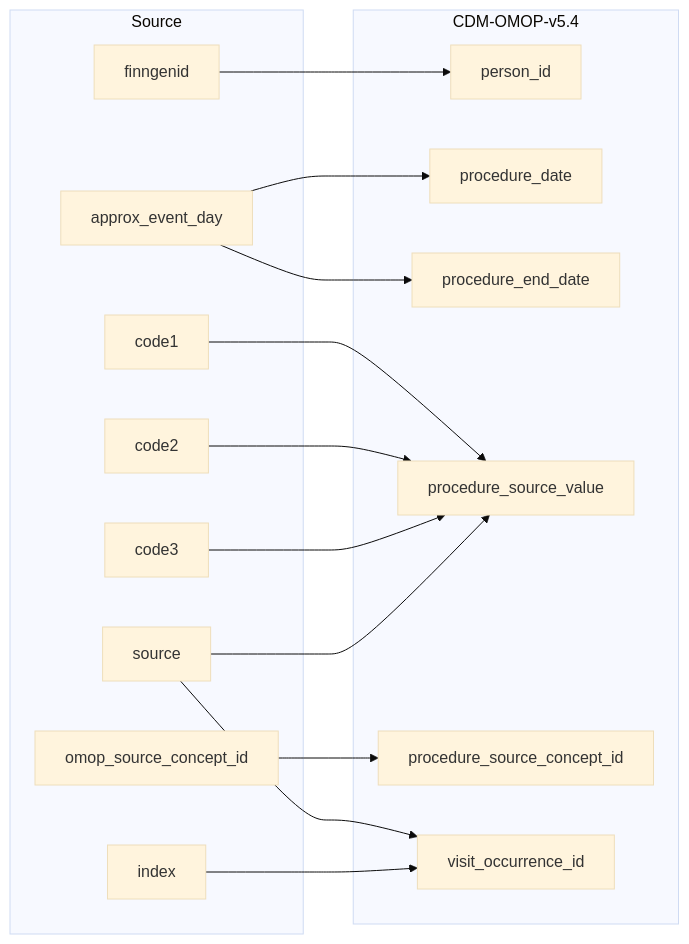
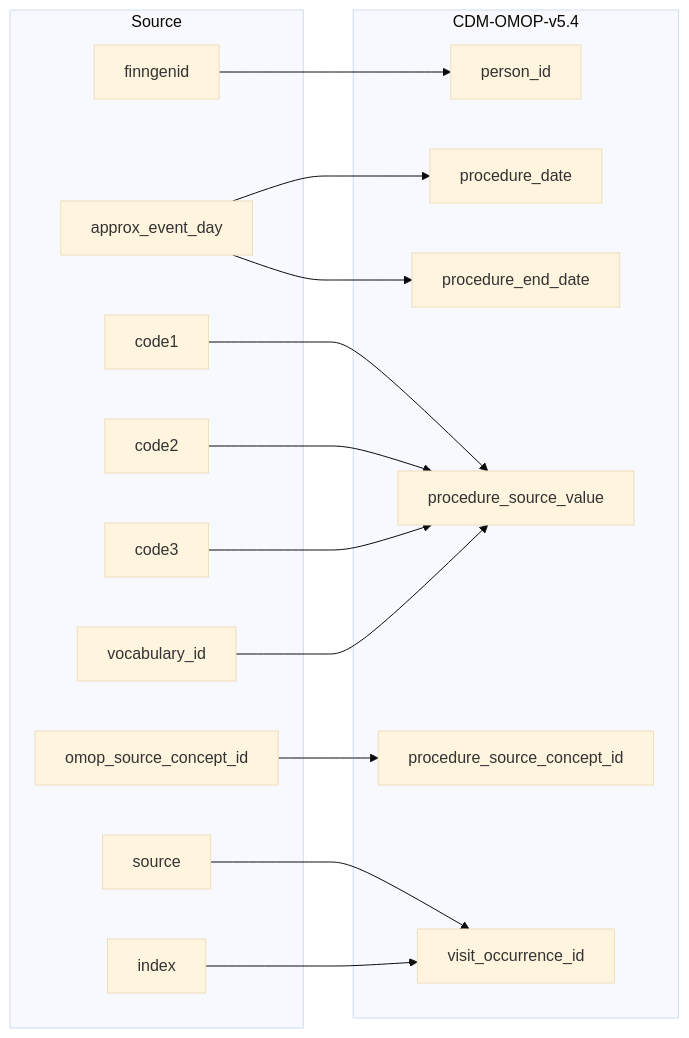
The diagram in 2_etl_specifications/documentation/stem_to_procedure_occurrence.md (FINNGEN/ETL), drawn with Mermaid before and after one commit. The commit also changed other lines of this file and 14 other files, not shown here.

First line of the commit message:
Change _source_value format from SOURCE=source to VOCAB=vocabulary_id in all domain tables

````diff
--- a/2_etl_specifications/documentation/stem_to_procedure_occurrence.md
+++ b/2_etl_specifications/documentation/stem_to_procedure_occurrence.md
@@ -10,35 +10,36 @@
 ```mermaid
 %%{init: {'theme': 'base' } }%%
 %%{init: {'theme': 'base' } }%%
 flowchart LR
     subgraph Source
         finngenid
         source
         approx_event_day
         code1
         code2
         code3
         index
+        vocabulary_id
         omop_source_concept_id
     end
 
     subgraph CDM-OMOP-v5.4
         person_id
         procedure_date
         procedure_end_date
         procedure_source_value
         procedure_source_concept_id
         visit_occurrence_id
     end
 
     finngenid-->person_id
     approx_event_day-->procedure_date
     approx_event_day-->procedure_end_date
     source-->visit_occurrence_id
     index-->visit_occurrence_id
     code1-->procedure_source_value
     code2-->procedure_source_value
     code3-->procedure_source_value
-    source-->procedure_source_value
+    vocabulary_id-->procedure_source_value
     omop_source_concept_id-->procedure_source_concept_id
 ```
````
